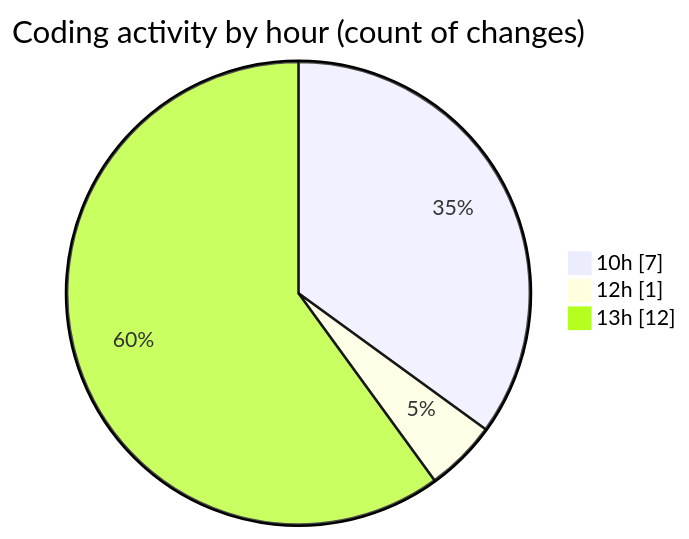
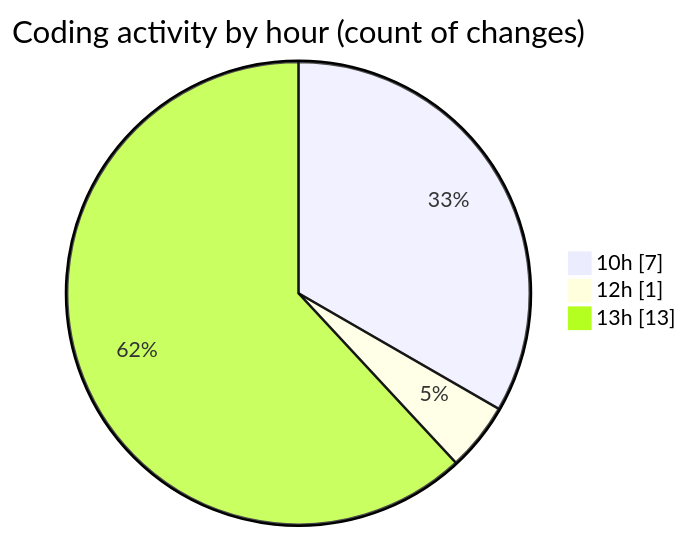
Before and after one commit to LanceThiago/code-tracking: the second of 2 diagrams in 2025-01-14/oficina/README.md, drawn with Mermaid. The commit also changed other lines of this file and 1 other file, not shown here.

````diff
--- a/2025-01-14/oficina/README.md
+++ b/2025-01-14/oficina/README.md
@@ -31,7 +31,7 @@
 ```mermaid
 pie showData
 title Coding activity by hour (count of changes)
 "10h" : 7
 "12h" : 1
-"13h" : 12
+"13h" : 13
 ```
````
